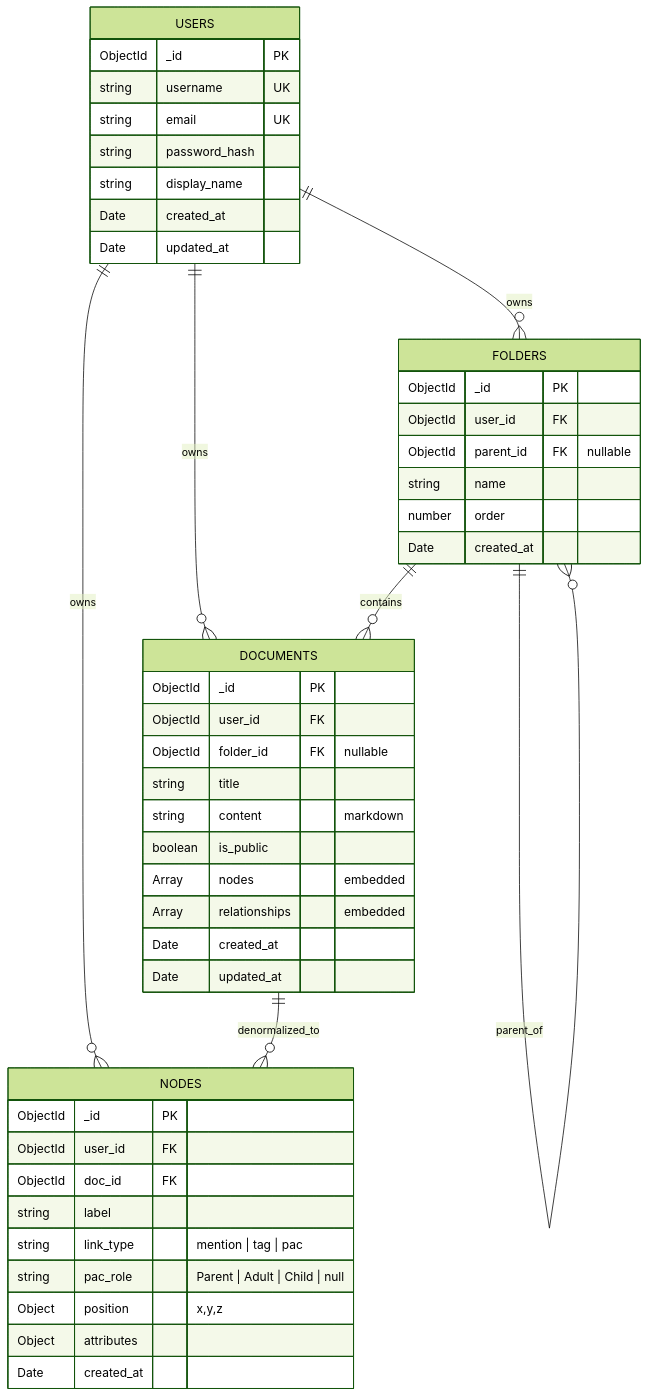
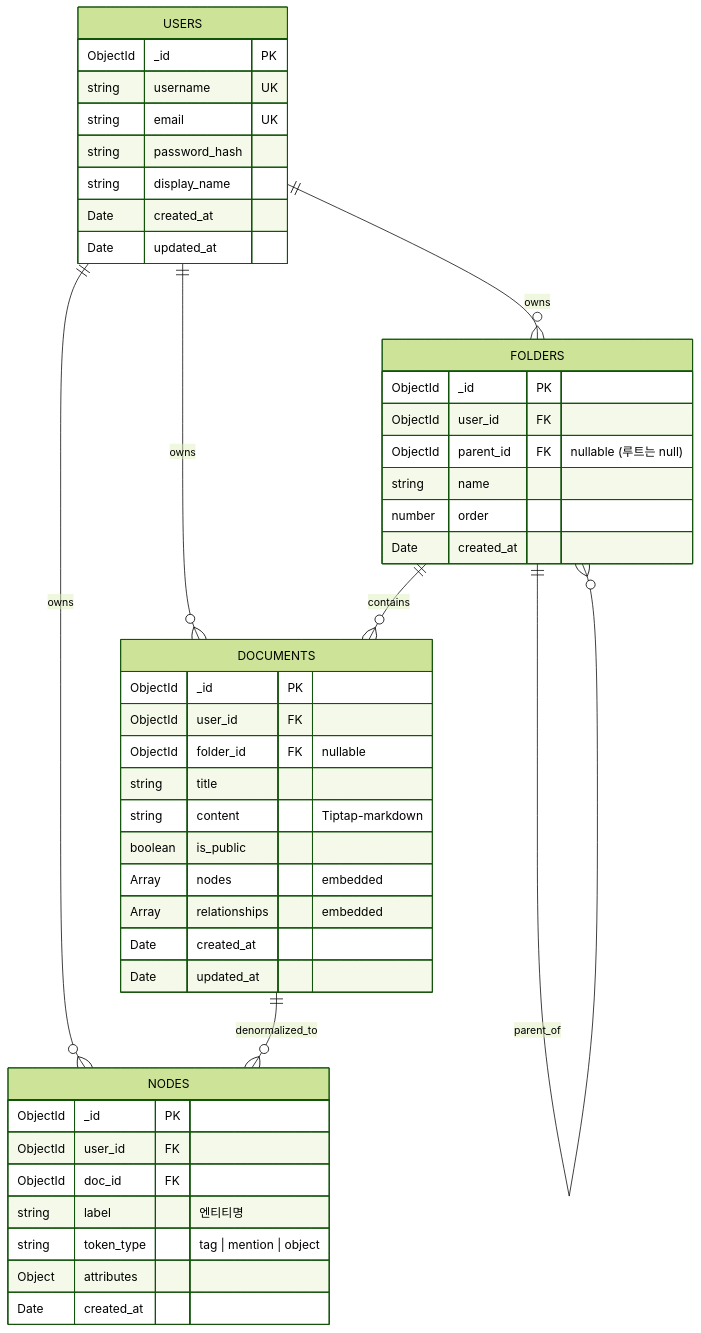
One commit to GC-Five-Guys/Docs changed the diagram in 03_설계/DB_설계서.md. Above: the diagram before and after it, drawn with Mermaid (forest theme). The commit also changed other lines of this file and 4 other files, not shown here.

````diff
--- a/03_설계/DB_설계서.md
+++ b/03_설계/DB_설계서.md
@@ -41,53 +76,51 @@
 ```mermaid
 erDiagram
     USERS ||--o{ DOCUMENTS : "owns"
     USERS ||--o{ FOLDERS   : "owns"
     USERS ||--o{ NODES     : "owns"
     FOLDERS ||--o{ DOCUMENTS : "contains"
     FOLDERS ||--o{ FOLDERS   : "parent_of"
     DOCUMENTS ||--o{ NODES     : "denormalized_to"
 
     USERS {
         ObjectId _id PK
         string username UK
         string email UK
         string password_hash
         string display_name
         Date created_at
         Date updated_at
     }
 
     FOLDERS {
         ObjectId _id PK
         ObjectId user_id FK
-        ObjectId parent_id FK "nullable"
+        ObjectId parent_id FK "nullable (루트는 null)"
         string name
         number order
         Date created_at
     }
 
     DOCUMENTS {
         ObjectId _id PK
         ObjectId user_id FK
         ObjectId folder_id FK "nullable"
         string title
-        string content "markdown"
+        string content "Tiptap-markdown"
         boolean is_public
         Array nodes "embedded"
         Array relationships "embedded"
         Date created_at
         Date updated_at
     }
 
     NODES {
         ObjectId _id PK
         ObjectId user_id FK
         ObjectId doc_id FK
-        string label
-        string link_type "mention | tag | pac"
-        string pac_role "Parent | Adult | Child | null"
-        Object position "x,y,z"
+        string label "엔티티명"
+        string token_type "tag | mention | object"
         Object attributes
         Date created_at
     }
 ```
````
